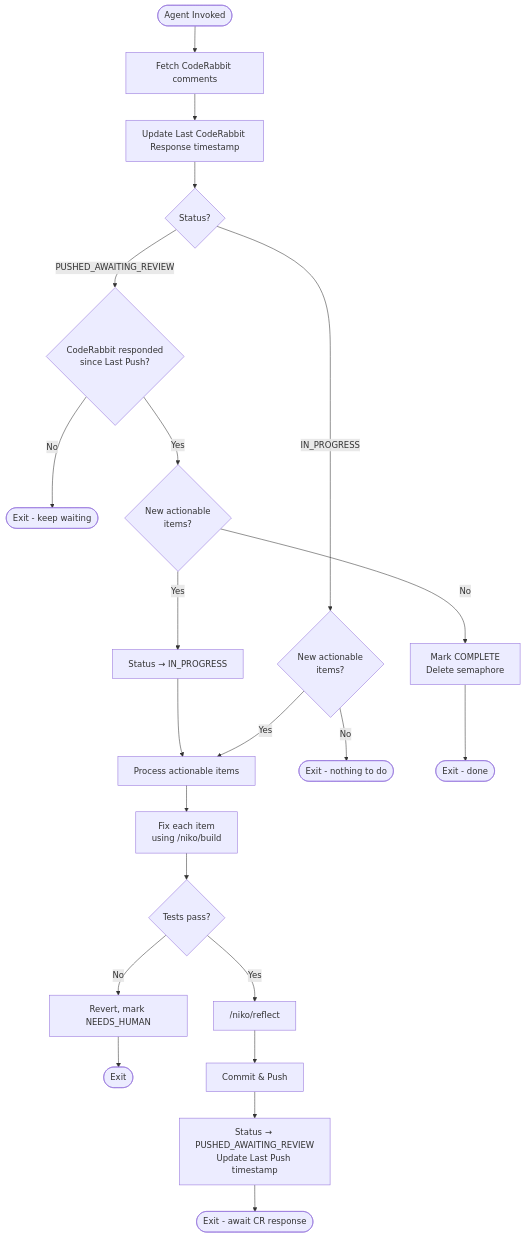
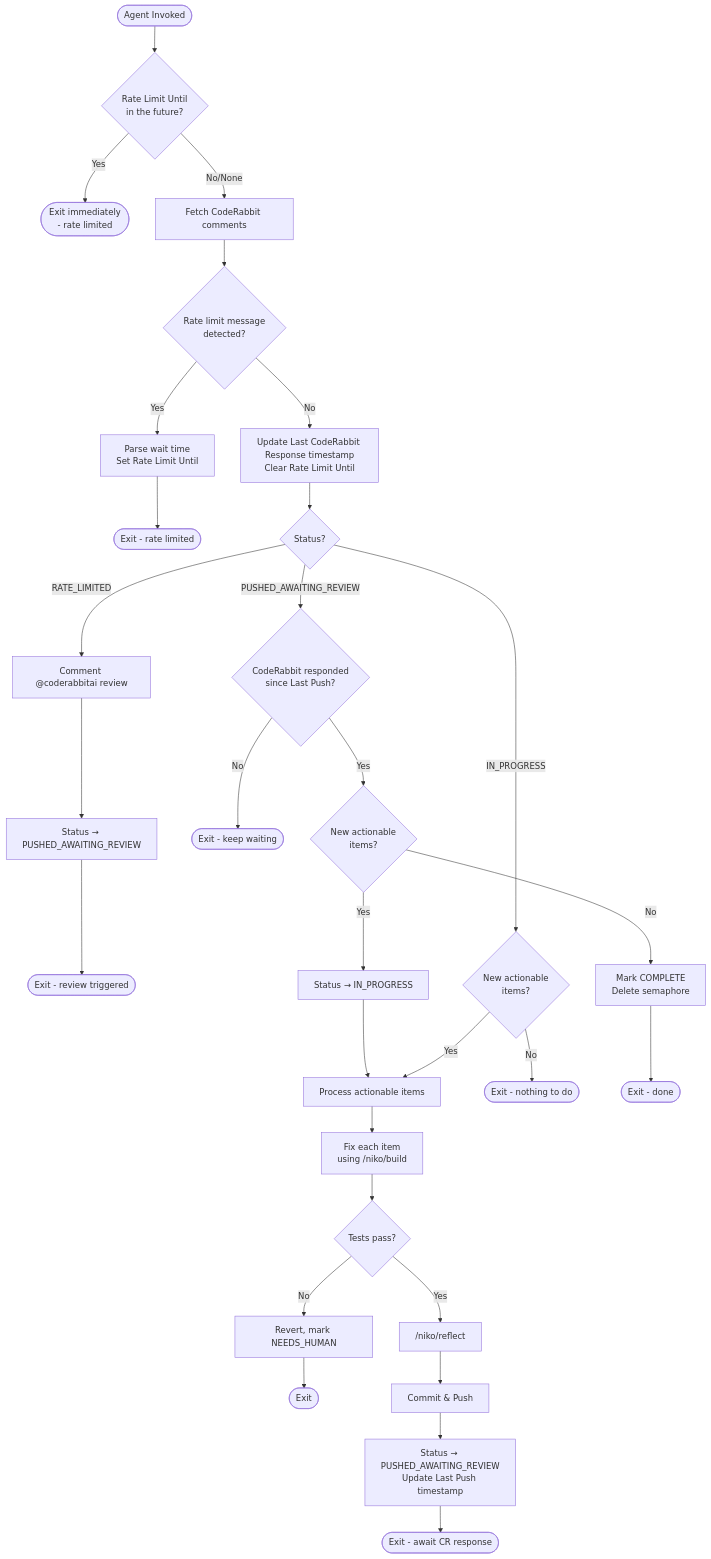
Before and after one commit to Texarkanine/a16n: the diagram in .cursor/commands/coderabbit-pr-wiggum.md, drawn with Mermaid. The commit also changed other lines of this file, not shown here.

Commit message:
fix: try to get coderabbit wiggum to handle rate limit

````diff
--- a/.cursor/commands/coderabbit-pr-wiggum.md
+++ b/.cursor/commands/coderabbit-pr-wiggum.md
@@ -17,30 +17,41 @@
 ```mermaid
 flowchart TD
-    Start([Agent Invoked]) --> Fetch[Fetch CodeRabbit comments]
-    Fetch --> UpdateCR[Update Last CodeRabbit Response timestamp]
+    Start([Agent Invoked]) --> CheckRL{Rate Limit Until<br/>in the future?}
+    CheckRL -->|Yes| ExitRL([Exit immediately<br/>- rate limited])
+    CheckRL -->|No/None| Fetch[Fetch CodeRabbit comments]
+    
+    Fetch --> CheckRLMsg{Rate limit message<br/>detected?}
+    CheckRLMsg -->|Yes| ParseRL[Parse wait time<br/>Set Rate Limit Until]
+    ParseRL --> ExitRLNew([Exit - rate limited])
+    
+    CheckRLMsg -->|No| UpdateCR[Update Last CodeRabbit Response timestamp<br/>Clear Rate Limit Until]
     
     UpdateCR --> CheckStatus{Status?}
+    
+    CheckStatus -->|RATE_LIMITED| TriggerReview[Comment @coderabbitai review]
+    TriggerReview --> SetAwaiting[Status → PUSHED_AWAITING_REVIEW]
+    SetAwaiting --> ExitTriggered([Exit - review triggered])
     
     CheckStatus -->|PUSHED_AWAITING_REVIEW| CheckCR{CodeRabbit responded<br/>since Last Push?}
     CheckCR -->|No| ExitWait([Exit - keep waiting])
     CheckCR -->|Yes| EvalNew{New actionable<br/>items?}
     EvalNew -->|No| Complete[Mark COMPLETE<br/>Delete semaphore]
     EvalNew -->|Yes| SetInProgress[Status → IN_PROGRESS]
     SetInProgress --> Process
     
     CheckStatus -->|IN_PROGRESS| HasNew{New actionable<br/>items?}
     HasNew -->|No| ExitIdle([Exit - nothing to do])
     HasNew -->|Yes| Process
     
     Process[Process actionable items] --> Fix[Fix each item<br/>using /niko/build]
     Fix --> Test{Tests pass?}
     Test -->|No| Revert[Revert, mark NEEDS_HUMAN]
     Revert --> ExitFail([Exit])
     
     Test -->|Yes| Reflect["/niko/reflect"]
     Reflect --> Commit["Commit & Push"]
     Commit --> SetPushed[Status → PUSHED_AWAITING_REVIEW<br/>Update Last Push timestamp]
     SetPushed --> ExitPushed([Exit - await CR response])
     
     Complete --> ExitDone([Exit - done])
 ```
````
